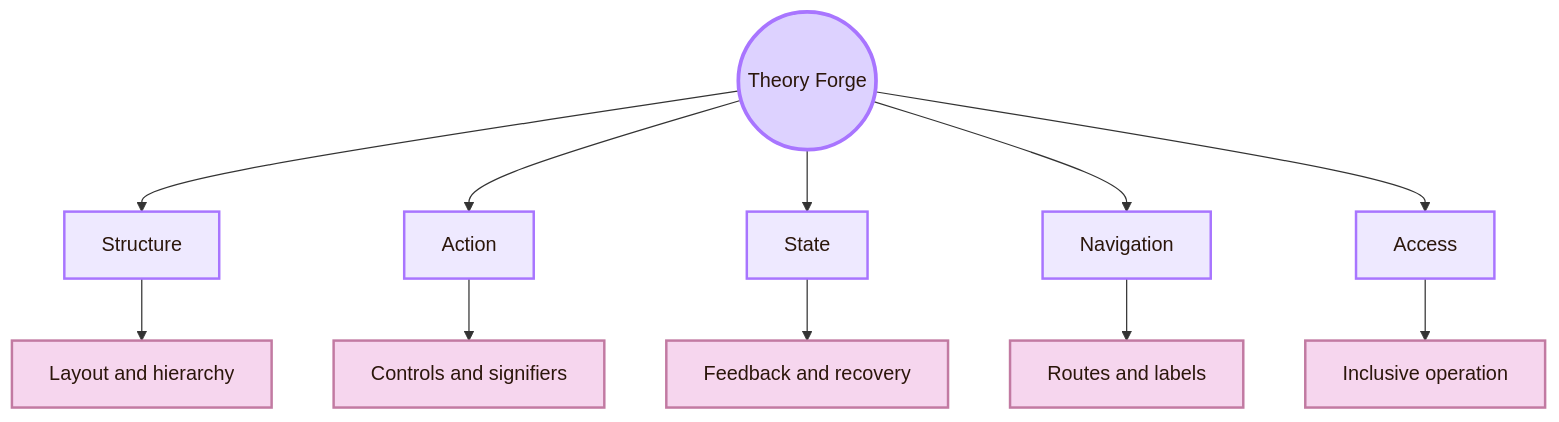
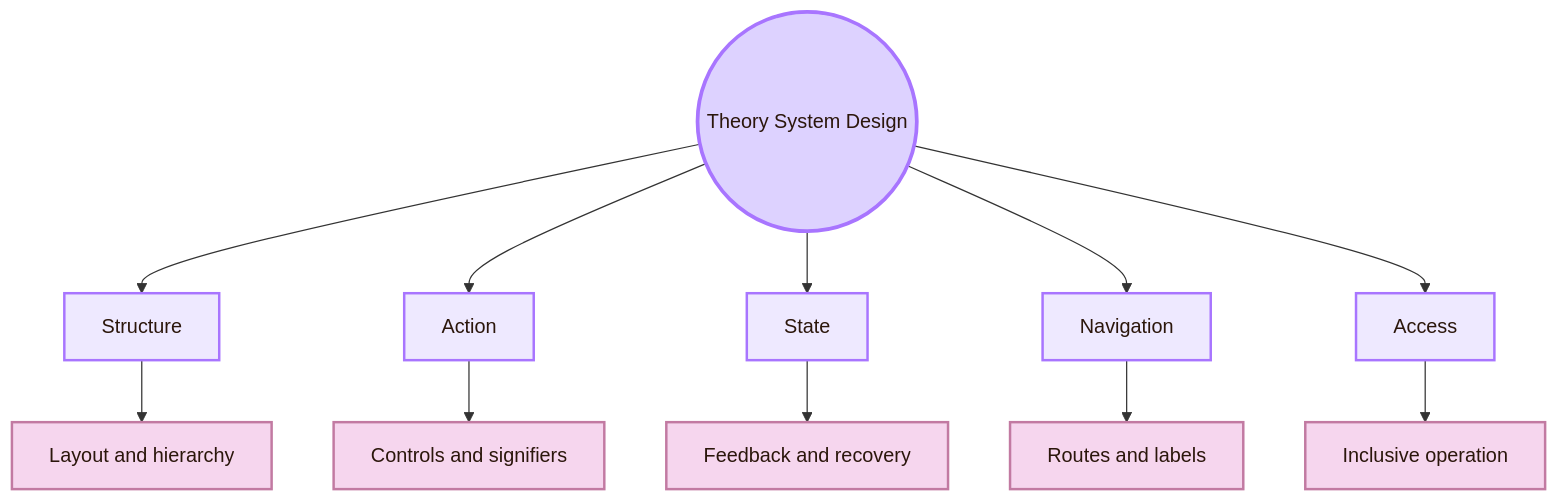
Before and after one commit to andreitegzes06-ui/CogniShire: the first of 12 diagrams in 01_Core_Area_HCI/001_Subareas/02_System_Design/Activities/Theory.md, drawn with Mermaid. The commit also changed other lines of this file and 132 other files, not shown here.

````diff
--- a/01_Core_Area_HCI/001_Subareas/02_System_Design/Activities/Theory.md
+++ b/01_Core_Area_HCI/001_Subareas/02_System_Design/Activities/Theory.md
@@ -37,24 +11,24 @@
 ```mermaid
 flowchart TB
-    A((Theory Forge))
+    A((Theory System Design))
 
     A --> B[Structure]
     A --> C[Action]
     A --> D[State]
     A --> E[Navigation]
     A --> F[Access]
 
     B --> B1[Layout and hierarchy]
     C --> C1[Controls and signifiers]
     D --> D1[Feedback and recovery]
     E --> E1[Routes and labels]
     F --> F1[Inclusive operation]
 
     classDef center fill:#ddd2ff,stroke:#a875ff,color:#2b160b,stroke-width:3px;
     classDef node fill:#eee9ff,stroke:#a875ff,color:#2b160b,stroke-width:2px;
     classDef detail fill:#f6d6ee,stroke:#c27aa2,color:#2b160b,stroke-width:2px;
 
     class A center;
     class B,C,D,E,F node;
     class B1,C1,D1,E1,F1 detail;
 ```
````
